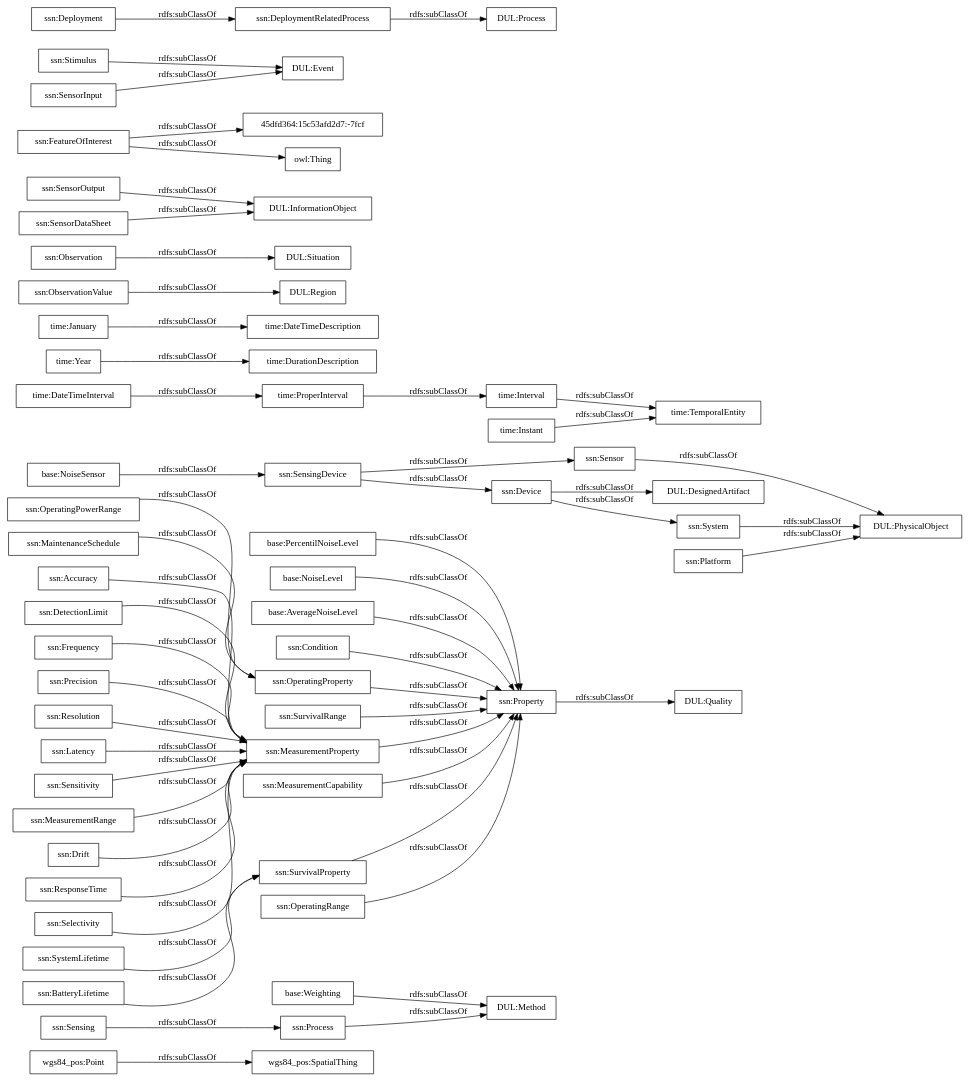
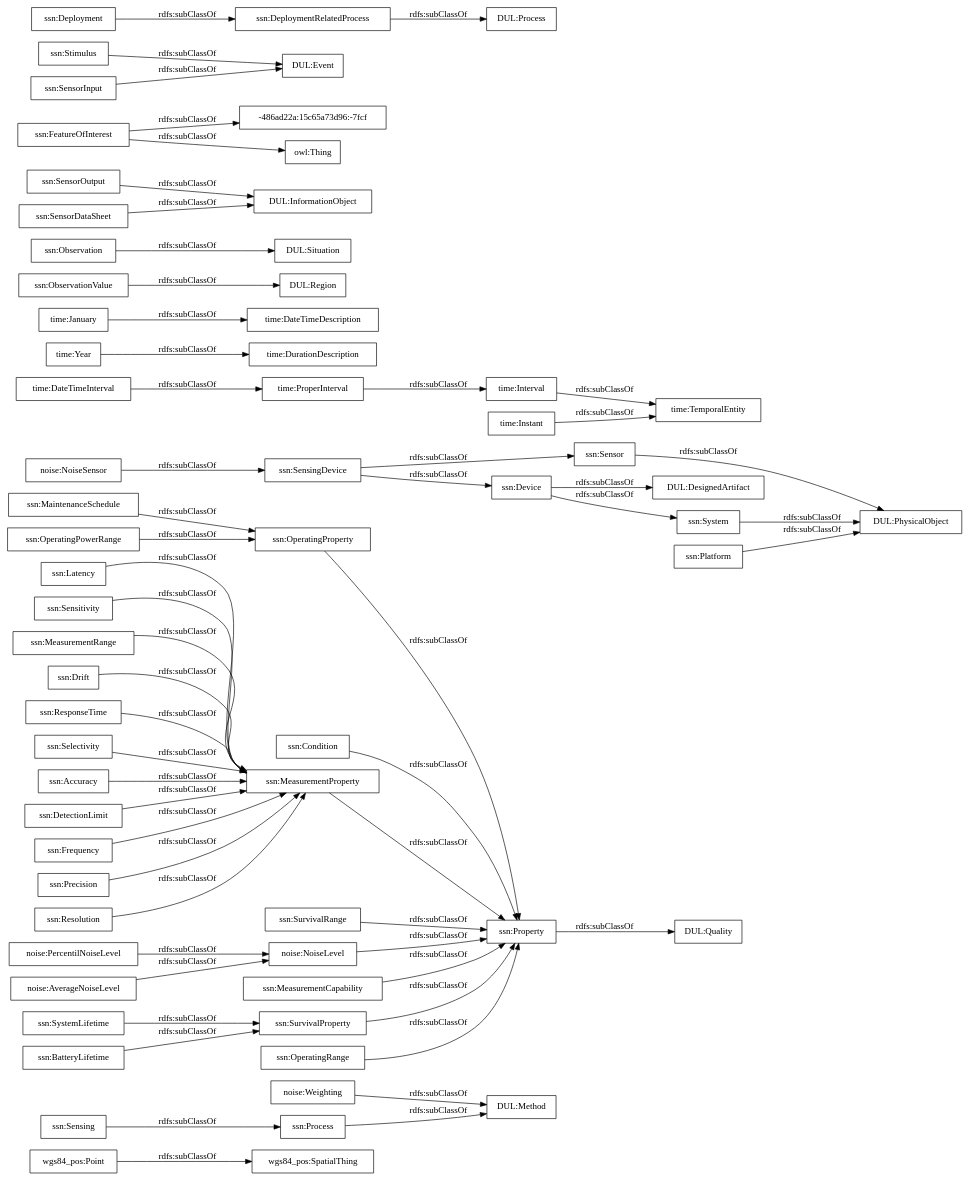
One commit to paoespinozarias/ContaminacionAcustica-Ontology changed the diagram in OnToology/contaminacion-acustica.owl/diagrams/ar2dtool-taxonomy/contaminacion-acustica.owl.png.dot. Above: the diagram before and after it, drawn with Graphviz. The commit also changed 18 other files, not shown here.

```diff
--- a/OnToology/contaminacion-acustica.owl/diagrams/ar2dtool-taxonomy/contaminacion-acustica.owl.png.dot
+++ b/OnToology/contaminacion-acustica.owl/diagrams/ar2dtool-taxonomy/contaminacion-acustica.owl.png.dot
@@ -1,60 +1,60 @@
 digraph ar2dtool_diagram { 
 rankdir=LR;
 size="1000"
-node [shape = rectangle, color="black"]; "wgs84_pos:SpatialThing" "wgs84_pos:Point" "base:Weighting" "base:PercentilNoiseLevel" "base:NoiseSensor" "base:NoiseLevel" "base:AverageNoiseLevel" "time:DateTimeInterval" "time:DurationDescription" "time:January" "time:ProperInterval" "time:Interval" "time:TemporalEntity" "time:Year" "time:DateTimeDescription" "time:Instant" "ssn:Accuracy" "ssn:DetectionLimit" "ssn:Frequency" "ssn:Condition" "DUL:Region" "DUL:Situation" "DUL:PhysicalObject" "ssn:SensorOutput" "ssn:Precision" "ssn:Resolution" "DUL:Quality" "ssn:FeatureOfInterest" "ssn:Sensor" "DUL:InformationObject" "ssn:OperatingProperty" "DUL:Event" "ssn:OperatingPowerRange" "DUL:Method" "ssn:MaintenanceSchedule" "ssn:Sensing" "ssn:Latency" "ssn:SurvivalRange" "ssn:SensingDevice" "DUL:DesignedArtifact" "ssn:Sensitivity" "ssn:Stimulus" "DUL:Process" "ssn:MeasurementRange" "ssn:System" "ssn:SystemLifetime" "ssn:Property" "ssn:MeasurementProperty" "ssn:Process" "ssn:Deployment" "ssn:MeasurementCapability" "ssn:BatteryLifetime" "45dfd364:15c53afd2d7:-7fcf" "ssn:Drift" "ssn:DeploymentRelatedProcess" "ssn:SensorInput" "ssn:ResponseTime" "ssn:ObservationValue" "ssn:SensorDataSheet" "ssn:Observation" "ssn:Selectivity" "ssn:SurvivalProperty" "ssn:Device" "ssn:OperatingRange" "ssn:Platform" ; /*classes style*/
-	"base:AverageNoiseLevel" -> "ssn:Property" [ label = "rdfs:subClassOf" ];
+node [shape = rectangle, color="black"]; "wgs84_pos:SpatialThing" "wgs84_pos:Point" "noise:Weighting" "noise:PercentilNoiseLevel" "noise:NoiseSensor" "noise:NoiseLevel" "noise:AverageNoiseLevel" "time:DateTimeInterval" "time:DurationDescription" "time:January" "time:ProperInterval" "time:Interval" "time:TemporalEntity" "time:Year" "time:DateTimeDescription" "time:Instant" "ssn:Accuracy" "ssn:DetectionLimit" "ssn:Frequency" "ssn:Condition" "DUL:Region" "DUL:Situation" "DUL:PhysicalObject" "ssn:SensorOutput" "ssn:Precision" "ssn:Resolution" "DUL:Quality" "ssn:FeatureOfInterest" "-486ad22a:15c65a73d96:-7fcf" "ssn:Sensor" "DUL:InformationObject" "ssn:OperatingProperty" "DUL:Event" "ssn:OperatingPowerRange" "DUL:Method" "ssn:MaintenanceSchedule" "ssn:Sensing" "ssn:Latency" "ssn:SurvivalRange" "ssn:SensingDevice" "DUL:DesignedArtifact" "ssn:Sensitivity" "ssn:Stimulus" "DUL:Process" "ssn:MeasurementRange" "ssn:System" "ssn:SystemLifetime" "ssn:Property" "ssn:MeasurementProperty" "ssn:Process" "ssn:Deployment" "ssn:MeasurementCapability" "ssn:BatteryLifetime" "ssn:Drift" "ssn:DeploymentRelatedProcess" "ssn:SensorInput" "ssn:ResponseTime" "ssn:ObservationValue" "ssn:SensorDataSheet" "ssn:Observation" "ssn:Selectivity" "ssn:SurvivalProperty" "ssn:Device" "ssn:OperatingRange" "ssn:Platform" ; /*classes style*/
+	"noise:AverageNoiseLevel" -> "noise:NoiseLevel" [ label = "rdfs:subClassOf" ];
 	"ssn:Deployment" -> "ssn:DeploymentRelatedProcess" [ label = "rdfs:subClassOf" ];
 	"ssn:SensingDevice" -> "ssn:Sensor" [ label = "rdfs:subClassOf" ];
 	"ssn:SensingDevice" -> "ssn:Device" [ label = "rdfs:subClassOf" ];
 	"ssn:DeploymentRelatedProcess" -> "DUL:Process" [ label = "rdfs:subClassOf" ];
 	"ssn:Accuracy" -> "ssn:MeasurementProperty" [ label = "rdfs:subClassOf" ];
 	"time:Instant" -> "time:TemporalEntity" [ label = "rdfs:subClassOf" ];
 	"ssn:FeatureOfInterest" -> "owl:Thing" [ label = "rdfs:subClassOf" ];
-	"ssn:FeatureOfInterest" -> "45dfd364:15c53afd2d7:-7fcf" [ label = "rdfs:subClassOf" ];
+	"ssn:FeatureOfInterest" -> "-486ad22a:15c65a73d96:-7fcf" [ label = "rdfs:subClassOf" ];
 	"ssn:Latency" -> "ssn:MeasurementProperty" [ label = "rdfs:subClassOf" ];
 	"ssn:Process" -> "DUL:Method" [ label = "rdfs:subClassOf" ];
-	"base:Weighting" -> "DUL:Method" [ label = "rdfs:subClassOf" ];
+	"noise:Weighting" -> "DUL:Method" [ label = "rdfs:subClassOf" ];
 	"time:ProperInterval" -> "time:Interval" [ label = "rdfs:subClassOf" ];
 	"ssn:Property" -> "DUL:Quality" [ label = "rdfs:subClassOf" ];
 	"ssn:MeasurementProperty" -> "ssn:Property" [ label = "rdfs:subClassOf" ];
 	"wgs84_pos:Point" -> "wgs84_pos:SpatialThing" [ label = "rdfs:subClassOf" ];
 	"ssn:ResponseTime" -> "ssn:MeasurementProperty" [ label = "rdfs:subClassOf" ];
 	"ssn:OperatingRange" -> "ssn:Property" [ label = "rdfs:subClassOf" ];
-	"base:NoiseLevel" -> "ssn:Property" [ label = "rdfs:subClassOf" ];
+	"noise:NoiseLevel" -> "ssn:Property" [ label = "rdfs:subClassOf" ];
 	"ssn:MeasurementRange" -> "ssn:MeasurementProperty" [ label = "rdfs:subClassOf" ];
 	"ssn:Stimulus" -> "DUL:Event" [ label = "rdfs:subClassOf" ];
 	"ssn:SurvivalProperty" -> "ssn:Property" [ label = "rdfs:subClassOf" ];
 	"ssn:MaintenanceSchedule" -> "ssn:OperatingProperty" [ label = "rdfs:subClassOf" ];
 	"ssn:SensorInput" -> "DUL:Event" [ label = "rdfs:subClassOf" ];
 	"ssn:Sensitivity" -> "ssn:MeasurementProperty" [ label = "rdfs:subClassOf" ];
 	"ssn:Drift" -> "ssn:MeasurementProperty" [ label = "rdfs:subClassOf" ];
 	"ssn:System" -> "DUL:PhysicalObject" [ label = "rdfs:subClassOf" ];
 	"ssn:Resolution" -> "ssn:MeasurementProperty" [ label = "rdfs:subClassOf" ];
 	"ssn:Precision" -> "ssn:MeasurementProperty" [ label = "rdfs:subClassOf" ];
-	"base:PercentilNoiseLevel" -> "ssn:Property" [ label = "rdfs:subClassOf" ];
+	"noise:PercentilNoiseLevel" -> "noise:NoiseLevel" [ label = "rdfs:subClassOf" ];
 	"ssn:DetectionLimit" -> "ssn:MeasurementProperty" [ label = "rdfs:subClassOf" ];
 	"time:DateTimeInterval" -> "time:ProperInterval" [ label = "rdfs:subClassOf" ];
 	"ssn:Sensor" -> "DUL:PhysicalObject" [ label = "rdfs:subClassOf" ];
 	"ssn:SensorDataSheet" -> "DUL:InformationObject" [ label = "rdfs:subClassOf" ];
 	"ssn:OperatingPowerRange" -> "ssn:OperatingProperty" [ label = "rdfs:subClassOf" ];
 	"time:Interval" -> "time:TemporalEntity" [ label = "rdfs:subClassOf" ];
-	"base:NoiseSensor" -> "ssn:SensingDevice" [ label = "rdfs:subClassOf" ];
+	"noise:NoiseSensor" -> "ssn:SensingDevice" [ label = "rdfs:subClassOf" ];
 	"time:January" -> "time:DateTimeDescription" [ label = "rdfs:subClassOf" ];
 	"ssn:ObservationValue" -> "DUL:Region" [ label = "rdfs:subClassOf" ];
 	"ssn:Device" -> "DUL:DesignedArtifact" [ label = "rdfs:subClassOf" ];
 	"ssn:Device" -> "ssn:System" [ label = "rdfs:subClassOf" ];
 	"ssn:Platform" -> "DUL:PhysicalObject" [ label = "rdfs:subClassOf" ];
 	"time:Year" -> "time:DurationDescription" [ label = "rdfs:subClassOf" ];
 	"ssn:OperatingProperty" -> "ssn:Property" [ label = "rdfs:subClassOf" ];
 	"ssn:Selectivity" -> "ssn:MeasurementProperty" [ label = "rdfs:subClassOf" ];
 	"ssn:BatteryLifetime" -> "ssn:SurvivalProperty" [ label = "rdfs:subClassOf" ];
 	"ssn:Observation" -> "DUL:Situation" [ label = "rdfs:subClassOf" ];
 	"ssn:Sensing" -> "ssn:Process" [ label = "rdfs:subClassOf" ];
 	"ssn:SystemLifetime" -> "ssn:SurvivalProperty" [ label = "rdfs:subClassOf" ];
 	"ssn:SurvivalRange" -> "ssn:Property" [ label = "rdfs:subClassOf" ];
 	"ssn:Frequency" -> "ssn:MeasurementProperty" [ label = "rdfs:subClassOf" ];
 	"ssn:SensorOutput" -> "DUL:InformationObject" [ label = "rdfs:subClassOf" ];
 	"ssn:Condition" -> "ssn:Property" [ label = "rdfs:subClassOf" ];
 	"ssn:MeasurementCapability" -> "ssn:Property" [ label = "rdfs:subClassOf" ];
 
 }
```
